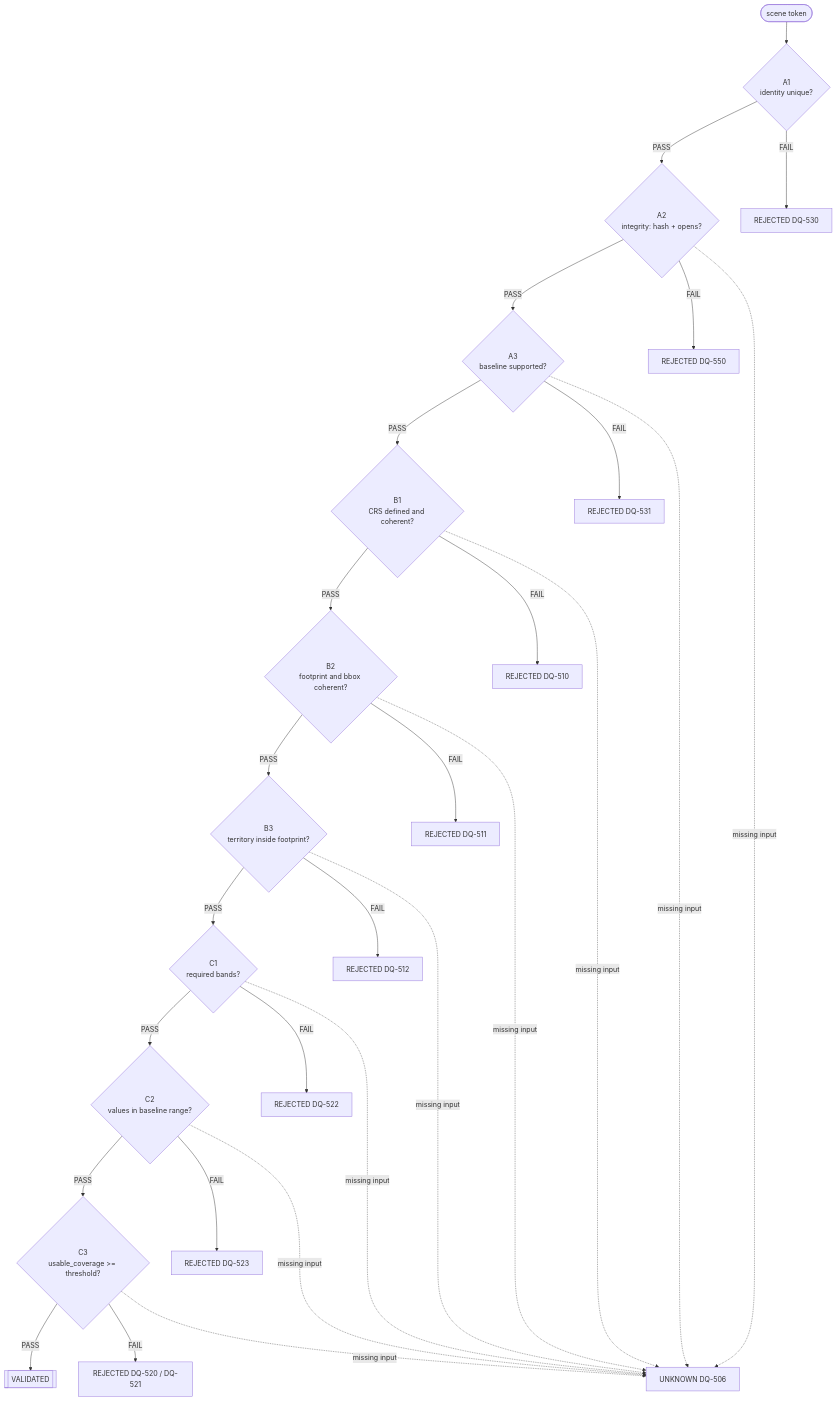
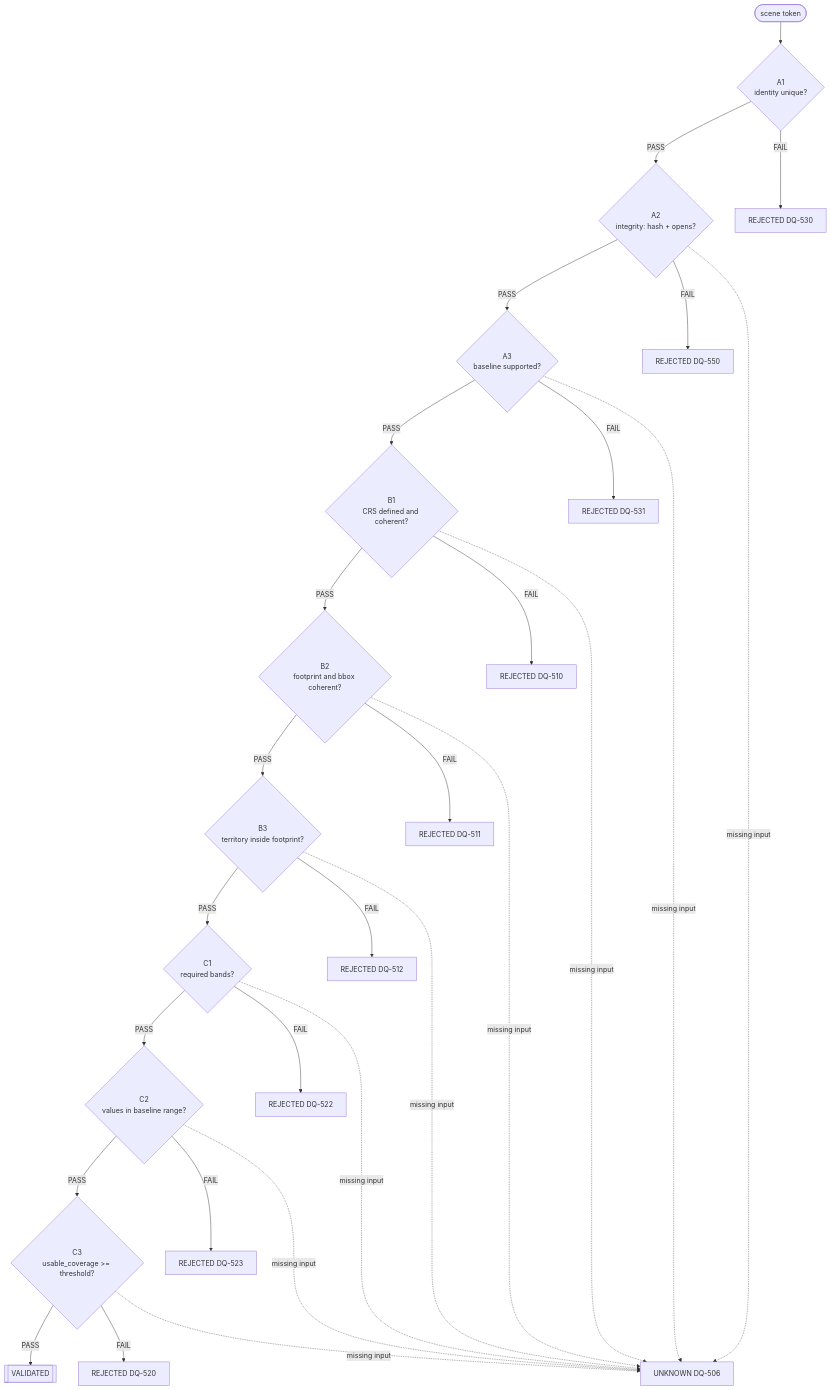
The third of 8 diagrams in docs/maze-flow.md (racosta-data/lots-twin), drawn with Mermaid before and after one commit. The commit also changed other lines of this file and 2 other files, not shown here.

````diff
--- a/docs/maze-flow.md
+++ b/docs/maze-flow.md
@@ -61,30 +61,30 @@
 ```mermaid
 flowchart TD
   T([scene token]) --> A1{"A1<br/>identity unique?"}
   A1 -- PASS --> A2{"A2<br/>integrity: hash + opens?"}
   A1 -- FAIL --> R530[REJECTED DQ-530]
   A2 -- PASS --> A3{"A3<br/>baseline supported?"}
   A2 -- FAIL --> R550[REJECTED DQ-550]
   A3 -- PASS --> B1{"B1<br/>CRS defined and coherent?"}
   A3 -- FAIL --> R531[REJECTED DQ-531]
   B1 -- PASS --> B2{"B2<br/>footprint and bbox coherent?"}
   B1 -- FAIL --> R510[REJECTED DQ-510]
   B2 -- PASS --> B3{"B3<br/>territory inside footprint?"}
   B2 -- FAIL --> R511[REJECTED DQ-511]
   B3 -- PASS --> C1{"C1<br/>required bands?"}
   B3 -- FAIL --> R512[REJECTED DQ-512]
   C1 -- PASS --> C2{"C2<br/>values in baseline range?"}
   C1 -- FAIL --> R522[REJECTED DQ-522]
   C2 -- PASS --> C3{"C3<br/>usable_coverage >= threshold?"}
   C2 -- FAIL --> R523[REJECTED DQ-523]
   C3 -- PASS --> OK[[VALIDATED]]
-  C3 -- FAIL --> R520[REJECTED DQ-520 / DQ-521]
+  C3 -- FAIL --> R520[REJECTED DQ-520]
   A2 -. missing input .-> U506[UNKNOWN DQ-506]
   A3 -. missing input .-> U506
   B1 -. missing input .-> U506
   B2 -. missing input .-> U506
   B3 -. missing input .-> U506
   C1 -. missing input .-> U506
   C2 -. missing input .-> U506
   C3 -. missing input .-> U506
 ```
````
